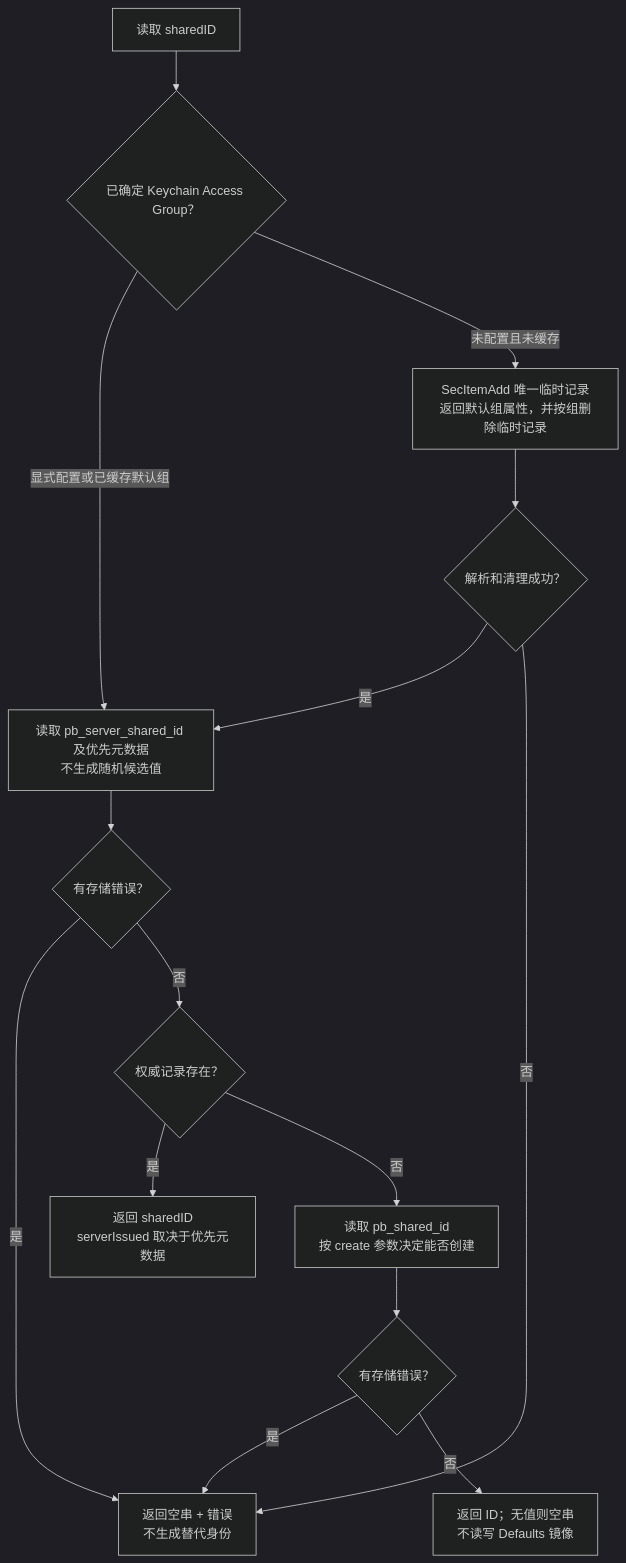
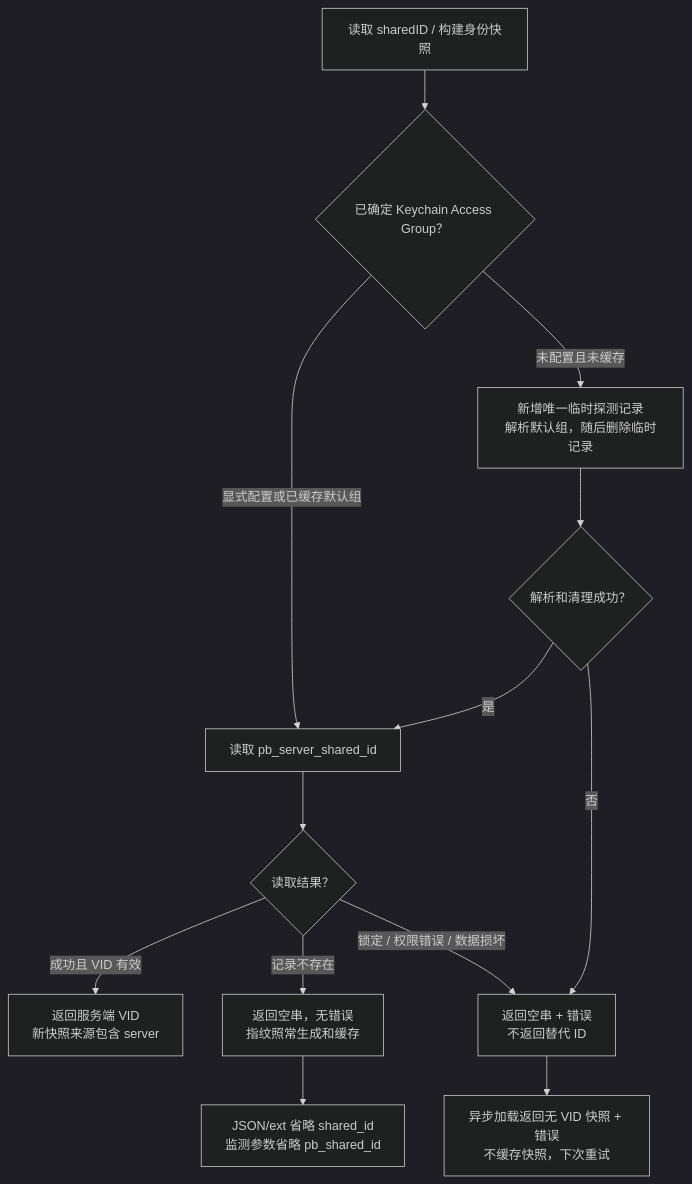
One commit to shanbozhu/TestOC changed the fifth of 13 diagrams in PBCrossAppUniqueDeviceIdentifier/Docs/FeatureFlows.md. Above: the diagram before and after it, drawn with Mermaid (dark theme). The commit also changed other lines of this file and 20 other files, not shown here.

````diff
--- a/PBCrossAppUniqueDeviceIdentifier/Docs/FeatureFlows.md
+++ b/PBCrossAppUniqueDeviceIdentifier/Docs/FeatureFlows.md
@@ -151,17 +149,15 @@
 ```mermaid
 flowchart TD
-    Start["读取 sharedID"] --> Scope{"已确定 Keychain Access Group？"}
-    Scope -->|显式配置或已缓存默认组| Server["读取 pb_server_shared_id 及优先元数据<br/>不生成随机候选值"]
-    Scope -->|未配置且未缓存| Probe["SecItemAdd 唯一临时记录<br/>返回默认组属性，并按组删除临时记录"]
+    Start["读取 sharedID / 构建身份快照"] --> Scope{"已确定 Keychain Access Group？"}
+    Scope -->|显式配置或已缓存默认组| Server["读取 pb_server_shared_id"]
+    Scope -->|未配置且未缓存| Probe["新增唯一临时探测记录<br/>解析默认组，随后删除临时记录"]
     Probe --> ProbeOK{"解析和清理成功？"}
     ProbeOK -->|是| Server
-    ProbeOK -->|否| Fail["返回空串 + 错误<br/>不生成替代身份"]
-    Server --> ServerError{"有存储错误？"}
-    ServerError -->|是| Fail
-    ServerError -->|否| HasServer{"权威记录存在？"}
-    HasServer -->|是| ServerReturn["返回 sharedID<br/>serverIssued 取决于优先元数据"]
-    HasServer -->|否| Local["读取 pb_shared_id<br/>按 create 参数决定能否创建"]
-    Local --> LocalError{"有存储错误？"}
-    LocalError -->|是| Fail
-    LocalError -->|否| Return["返回 ID；无值则空串<br/>不读写 Defaults 镜像"]
+    ProbeOK -->|否| Fail["返回空串 + 错误<br/>不返回替代 ID"]
+    Server --> Status{"读取结果？"}
+    Status -->|成功且 VID 有效| Return["返回服务端 VID<br/>新快照来源包含 server"]
+    Status -->|记录不存在| Empty["返回空串，无错误<br/>指纹照常生成和缓存"]
+    Status -->|锁定 / 权限错误 / 数据损坏| Fail
+    Empty --> Export["JSON/ext 省略 shared_id<br/>监测参数省略 pb_shared_id"]
+    Fail --> Partial["异步加载返回无 VID 快照 + 错误<br/>不缓存快照，下次重试"]
 ```
````
